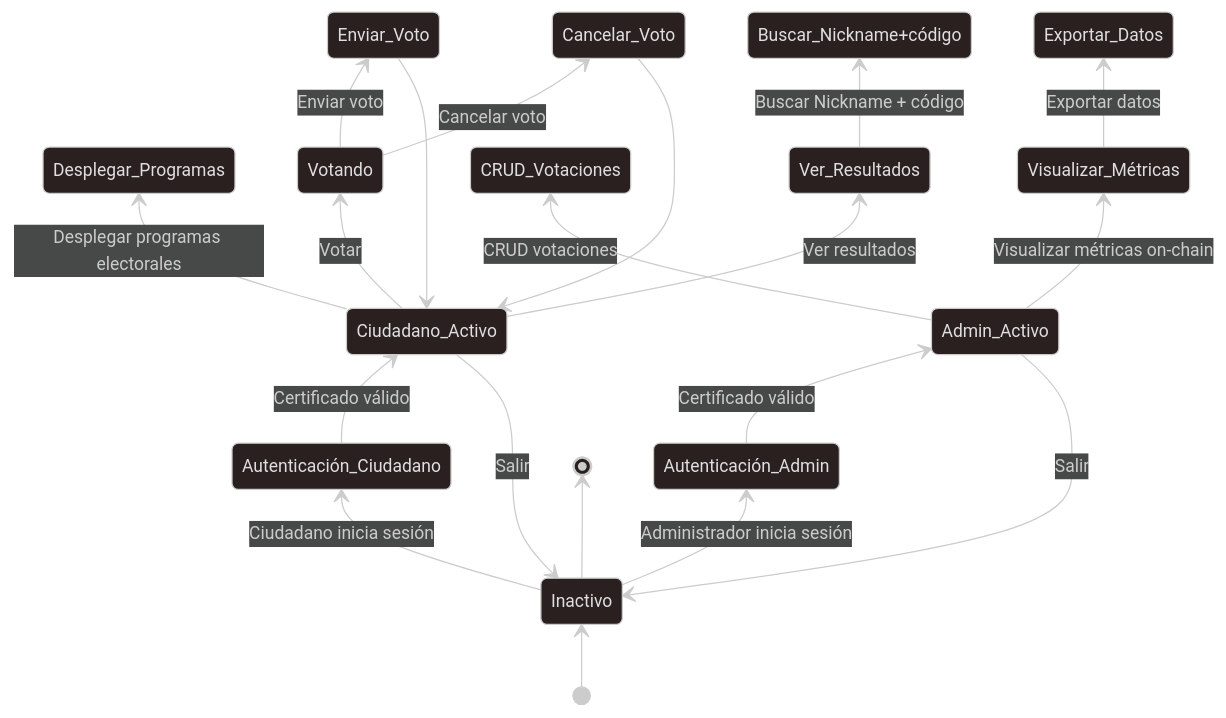
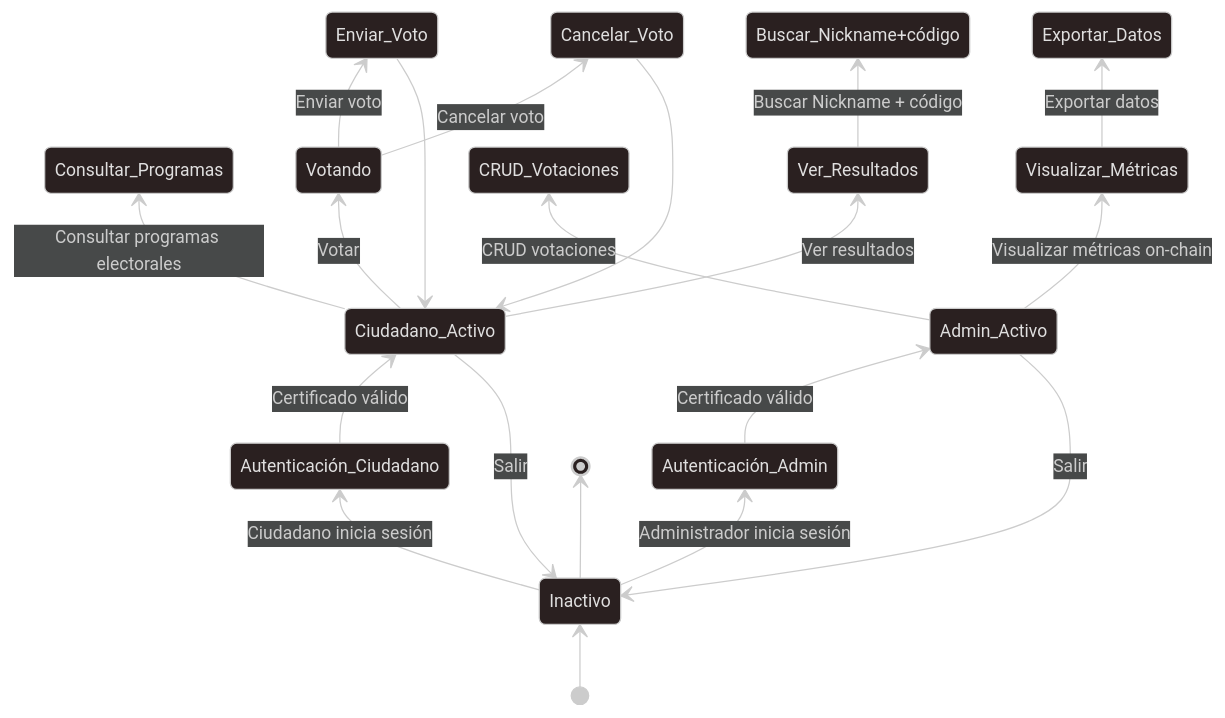
Before and after one commit to OnyxVariables/AGORA: the first of 3 diagrams in docs/Diagrama_Estado.md, drawn with Mermaid. The commit also changed other lines of this file and 4 other files, not shown here.

````diff
--- a/docs/Diagrama_Estado.md
+++ b/docs/Diagrama_Estado.md
@@ -35,27 +35,27 @@
 ```mermaid
 ---
 config:
   theme: neo-dark
 ---
 stateDiagram
   direction BT
   [*] --> Inactivo
   Inactivo --> Autenticación_Ciudadano:Ciudadano inicia sesión
   Autenticación_Ciudadano --> Ciudadano_Activo:Certificado válido
-  Ciudadano_Activo --> Desplegar_Programas:Desplegar programas electorales
+  Ciudadano_Activo --> Consultar_Programas:Consultar programas electorales
   Ciudadano_Activo --> Votando:Votar
   Votando --> Enviar_Voto:Enviar voto
   Votando --> Cancelar_Voto:Cancelar voto
   Enviar_Voto --> Ciudadano_Activo
   Cancelar_Voto --> Ciudadano_Activo
   Ciudadano_Activo --> Ver_Resultados:Ver resultados
   Ver_Resultados --> Buscar_Nickname+código:Buscar Nickname + código
   Ciudadano_Activo --> Inactivo:Salir
   Inactivo --> Autenticación_Admin:Administrador inicia sesión
   Autenticación_Admin --> Admin_Activo:Certificado válido
   Admin_Activo --> CRUD_Votaciones:CRUD votaciones
   Admin_Activo --> Visualizar_Métricas:Visualizar métricas on-chain
   Visualizar_Métricas --> Exportar_Datos:Exportar datos
   Admin_Activo --> Inactivo:Salir
   Inactivo --> [*]
 ```
````
